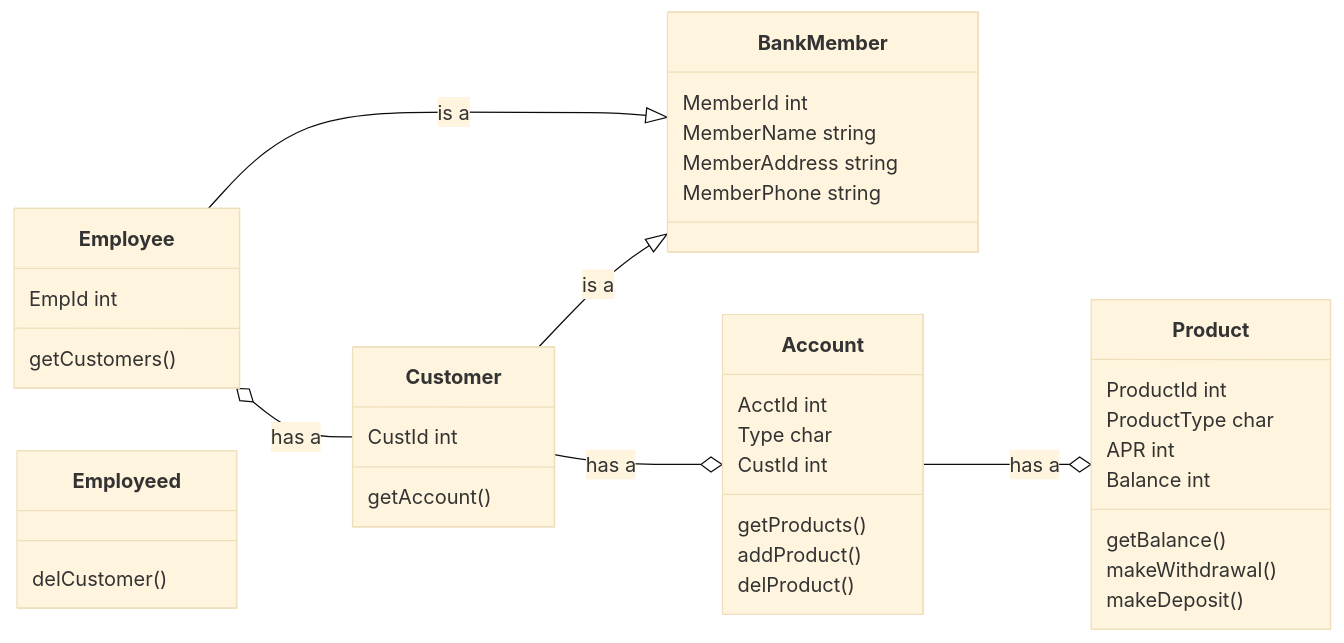
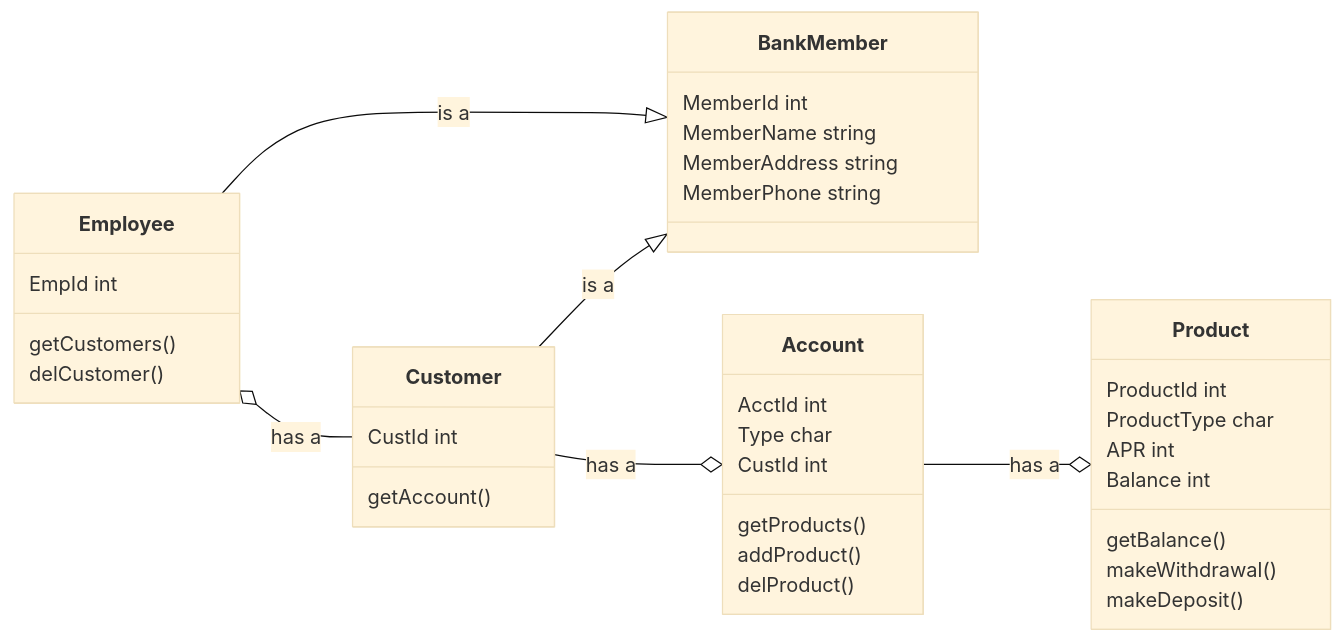
One commit to Marcus-Snell/Test changed the diagram in mermaid.md. Above: the diagram before and after it, drawn with Mermaid (base theme).

````diff
--- a/mermaid.md
+++ b/mermaid.md
@@ -1,41 +1,41 @@
 ```mermaid
 classDiagram
 direction LR
 BankMember
 BankMember : MemberId int
 BankMember : MemberName string
 BankMember : MemberAddress string
 BankMember : MemberPhone string
 
 
 Employee --|> BankMember : is a
 Employee o-- Customer : has a
 Employee : EmpId int
 Employee : getCustomers()
-Employeed : delCustomer()
+Employee : delCustomer()
 
 Customer --|> BankMember : is a
 Customer --o Account : has a
 Customer : CustId int
 Customer : getAccount()
 
 Account --o Product : has a
 Account : AcctId int
 Account : Type char
 Account : CustId int
 Account : getProducts()
 Account : addProduct()
 Account : delProduct()
 
 
 
 
 Product : ProductId int
 Product : ProductType char
 Product : APR int
 Product : Balance int
 Product : getBalance()
 Product : makeWithdrawal()
 Product : makeDeposit()
 
 ```
````
